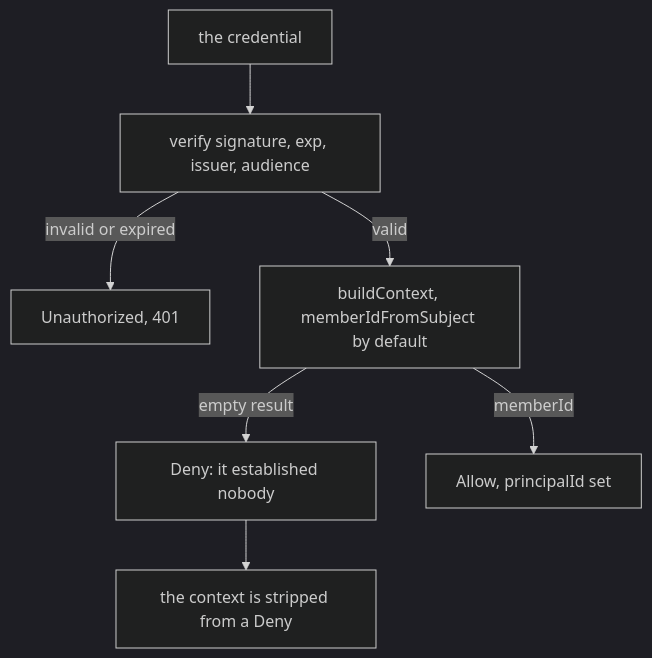
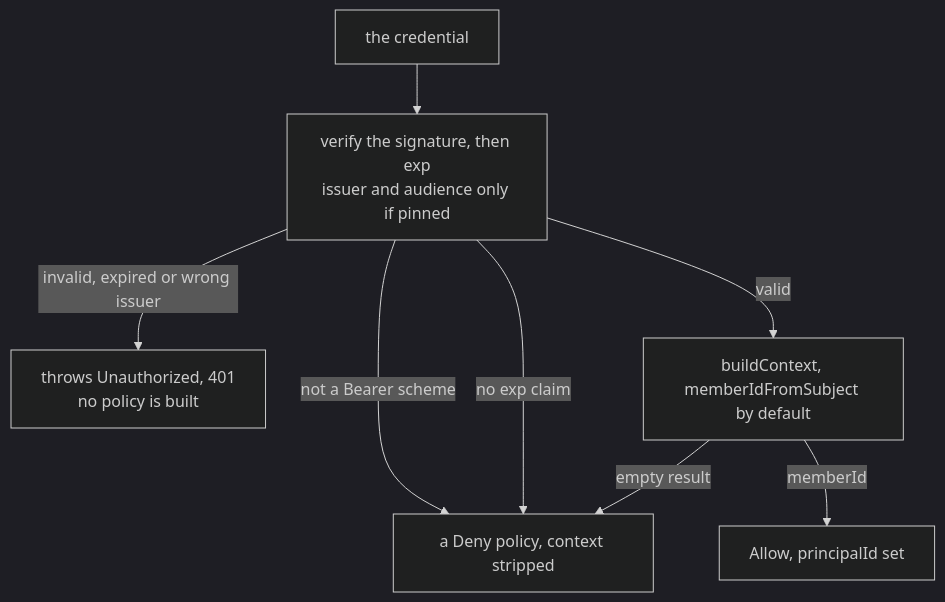
One commit to yingyeothon/tslib changed the diagram in packages/lambda-authorizer-jwt/README.md. Above: the diagram before and after it, drawn with Mermaid (dark theme). The commit also changed 27 other files, not shown here.

````diff
--- a/packages/lambda-authorizer-jwt/README.md
+++ b/packages/lambda-authorizer-jwt/README.md
@@ -10,9 +10,10 @@
 ```mermaid
 flowchart TD
-  T["the credential"] --> V["verify signature, exp, issuer, audience"]
-  V -->|"invalid or expired"| U["Unauthorized, 401"]
+  T["the credential"] --> V["verify the signature, then exp<br/>issuer and audience only if pinned"]
+  V -->|"invalid, expired or wrong issuer"| U["throws Unauthorized, 401<br/>no policy is built"]
+  V -->|"not a Bearer scheme"| DEN
+  V -->|"no exp claim"| DEN
   V -->|"valid"| C["buildContext, memberIdFromSubject by default"]
-  C -->|"empty result"| DEN["Deny: it established nobody"]
+  C -->|"empty result"| DEN["a Deny policy, context stripped"]
   C -->|"memberId"| ALW["Allow, principalId set"]
-  DEN --> NC["the context is stripped from a Deny"]
 ```
````
